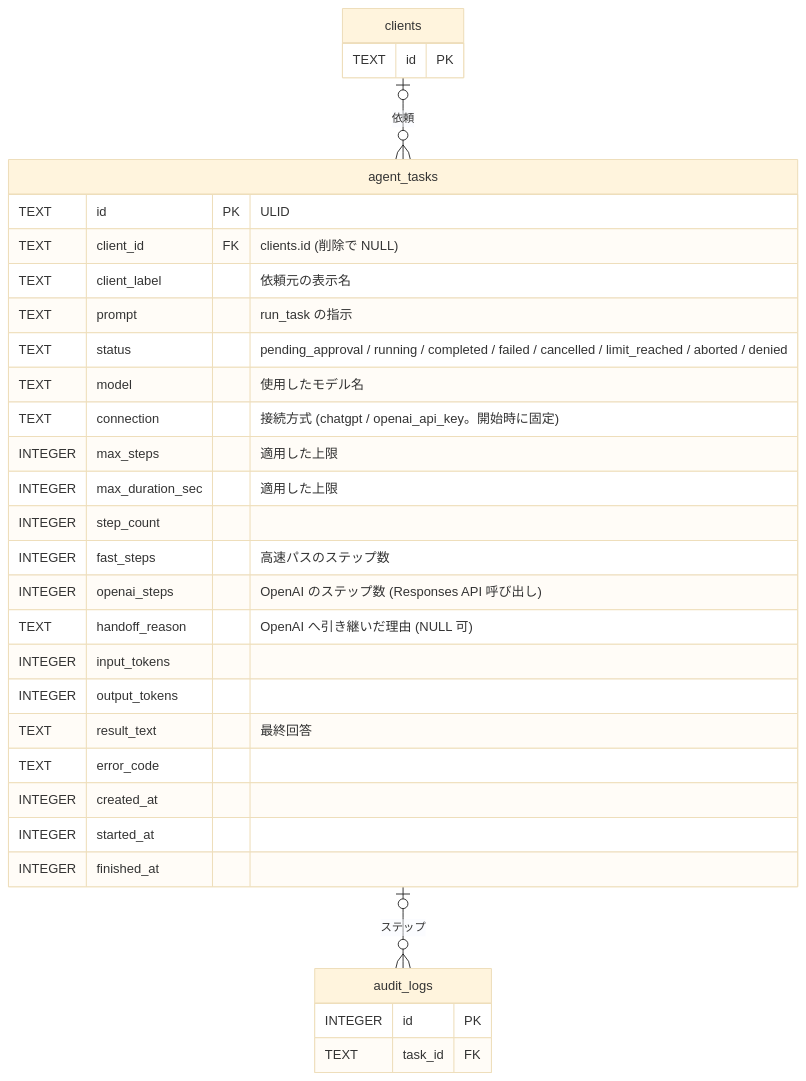
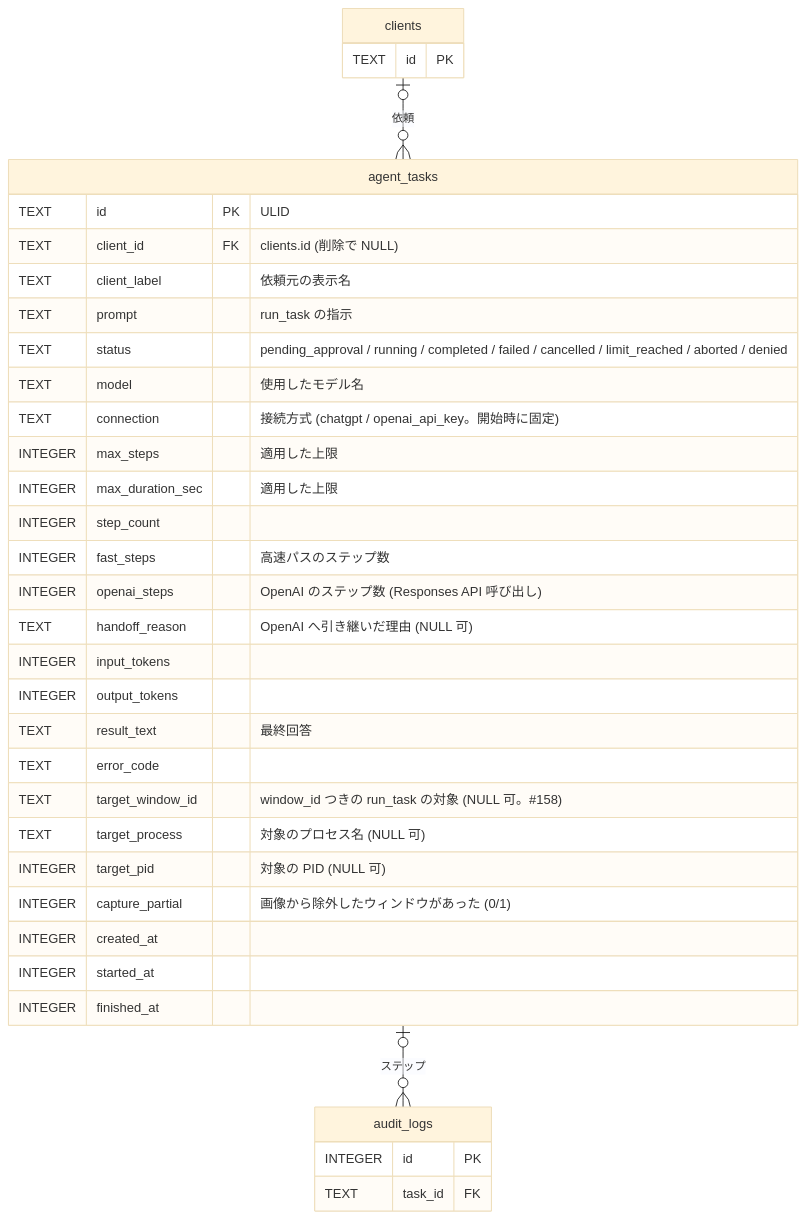
Before and after one commit to ousiassllc/puppet-remo: the eighth of 10 diagrams in docs/architecture/er.md, drawn with Mermaid (base theme). The commit also changed other lines of this file and 108 other files, not shown here.

Commit message:
feat: ビューアのウィンドウ選択・グループ表示（#157）と run_task の window_id（#158）を実装（実機未確認。成立性ゲート待ち）

````diff
--- a/docs/architecture/er.md
+++ b/docs/architecture/er.md
@@ -342,34 +342,38 @@
 ```mermaid
 erDiagram
     agent_tasks {
         TEXT id PK "ULID"
         TEXT client_id FK "clients.id (削除で NULL)"
         TEXT client_label "依頼元の表示名"
         TEXT prompt "run_task の指示"
         TEXT status "pending_approval / running / completed / failed / cancelled / limit_reached / aborted / denied"
         TEXT model "使用したモデル名"
         TEXT connection "接続方式 (chatgpt / openai_api_key。開始時に固定)"
         INTEGER max_steps "適用した上限"
         INTEGER max_duration_sec "適用した上限"
         INTEGER step_count
         INTEGER fast_steps "高速パスのステップ数"
         INTEGER openai_steps "OpenAI のステップ数 (Responses API 呼び出し)"
         TEXT handoff_reason "OpenAI へ引き継いだ理由 (NULL 可)"
         INTEGER input_tokens
         INTEGER output_tokens
         TEXT result_text "最終回答"
         TEXT error_code
+        TEXT target_window_id "window_id つきの run_task の対象 (NULL 可。#158)"
+        TEXT target_process "対象のプロセス名 (NULL 可)"
+        INTEGER target_pid "対象の PID (NULL 可)"
+        INTEGER capture_partial "画像から除外したウィンドウがあった (0/1)"
         INTEGER created_at
         INTEGER started_at
         INTEGER finished_at
     }
     clients {
         TEXT id PK
     }
     audit_logs {
         INTEGER id PK
         TEXT task_id FK
     }
     clients |o--o{ agent_tasks : "依頼"
     agent_tasks |o--o{ audit_logs : "ステップ"
 ```
````
